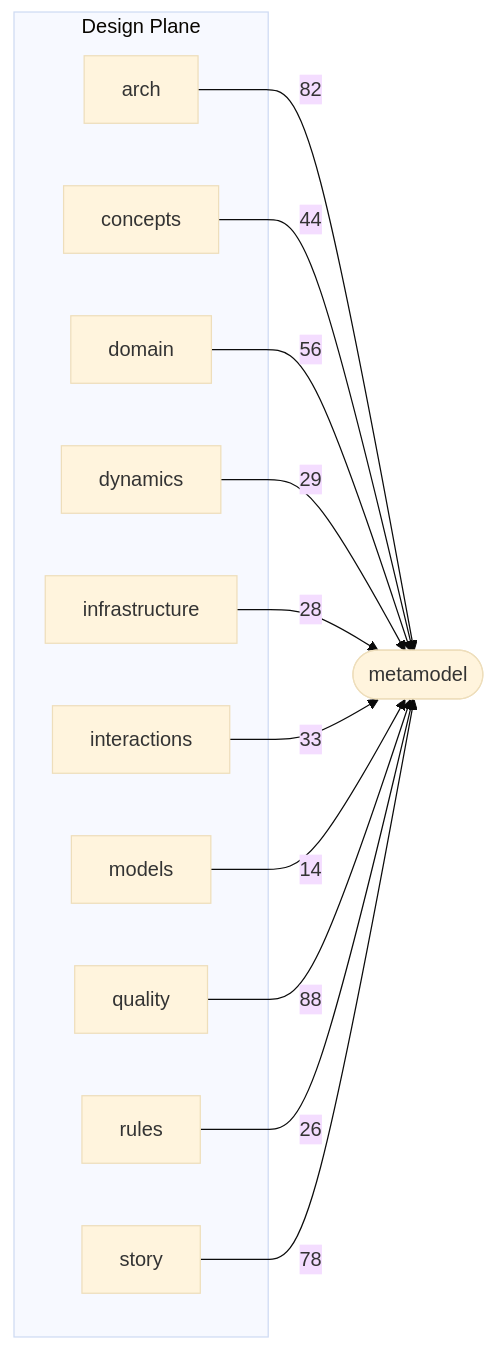
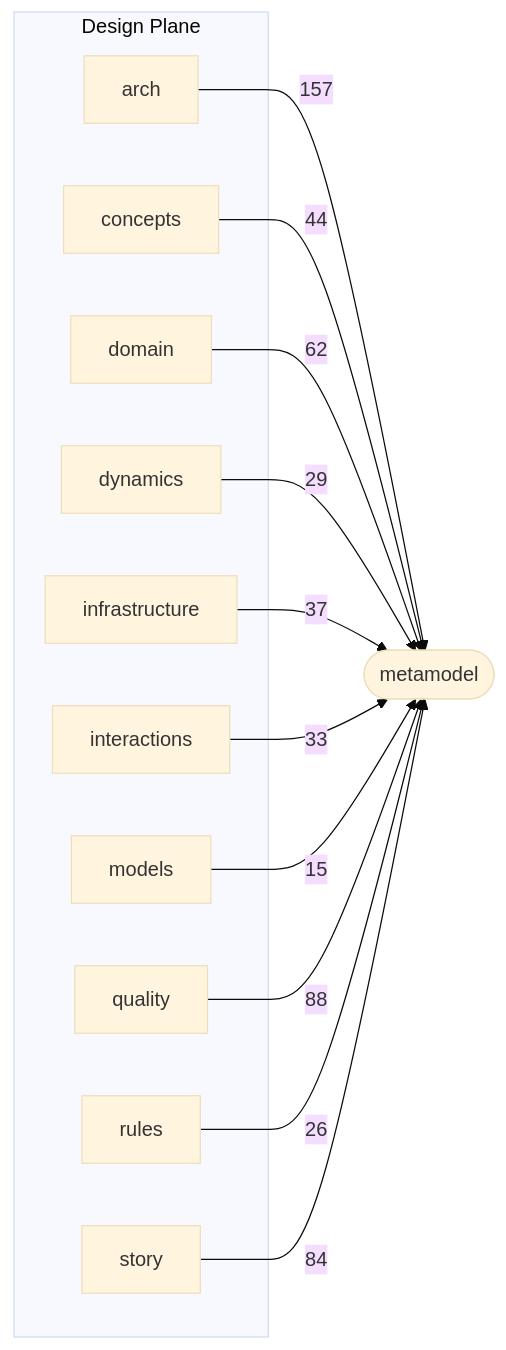
The second of 3 diagrams in docs/schema-atlas/v2.8/layer-map.md (Archally/blueprint-schema), drawn with Mermaid (base theme) before and after one commit. The commit also changed other lines of this file and 273 other files, not shown here.

Commit message:
Blueprint Schema: the 2.8 line reaches 2.8.106

````diff
--- a/docs/schema-atlas/v2.8/layer-map.md
+++ b/docs/schema-atlas/v2.8/layer-map.md
@@ -95,26 +96,26 @@
 ```mermaid
 graph LR
     subgraph design_plane["Design Plane"]
         design_arch_schema_yaml["arch"]
         design_concepts_schema_yaml["concepts"]
         design_domain_schema_yaml["domain"]
         design_dynamics_schema_yaml["dynamics"]
         design_infrastructure_schema_yaml["infrastructure"]
         design_interactions_schema_yaml["interactions"]
         design_models_schema_yaml["models"]
         design_quality_schema_yaml["quality"]
         design_rules_schema_yaml["rules"]
         design_story_schema_yaml["story"]
     end
     metamodel_schema_yaml(["metamodel"])
-    design_arch_schema_yaml -->|82| metamodel_schema_yaml
+    design_arch_schema_yaml -->|157| metamodel_schema_yaml
     design_concepts_schema_yaml -->|44| metamodel_schema_yaml
-    design_domain_schema_yaml -->|56| metamodel_schema_yaml
+    design_domain_schema_yaml -->|62| metamodel_schema_yaml
     design_dynamics_schema_yaml -->|29| metamodel_schema_yaml
-    design_infrastructure_schema_yaml -->|28| metamodel_schema_yaml
+    design_infrastructure_schema_yaml -->|37| metamodel_schema_yaml
     design_interactions_schema_yaml -->|33| metamodel_schema_yaml
-    design_models_schema_yaml -->|14| metamodel_schema_yaml
+    design_models_schema_yaml -->|15| metamodel_schema_yaml
     design_quality_schema_yaml -->|88| metamodel_schema_yaml
     design_rules_schema_yaml -->|26| metamodel_schema_yaml
-    design_story_schema_yaml -->|78| metamodel_schema_yaml
+    design_story_schema_yaml -->|84| metamodel_schema_yaml
 ```
````
